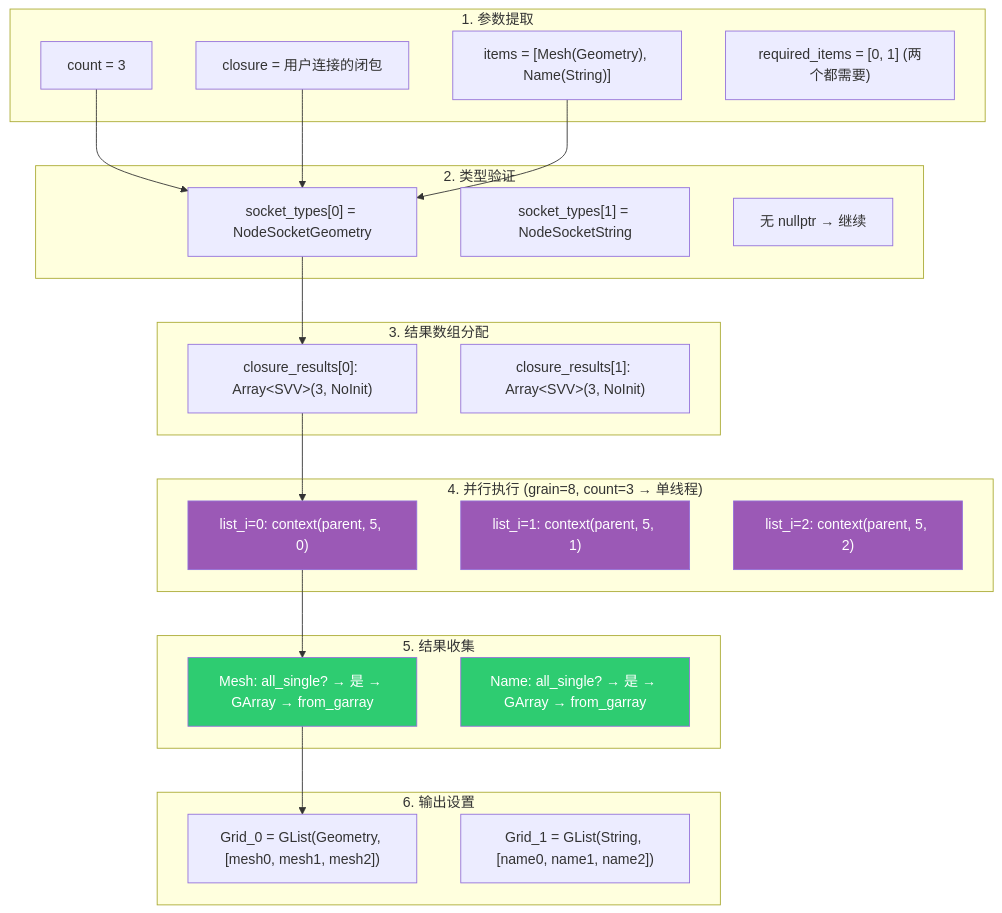
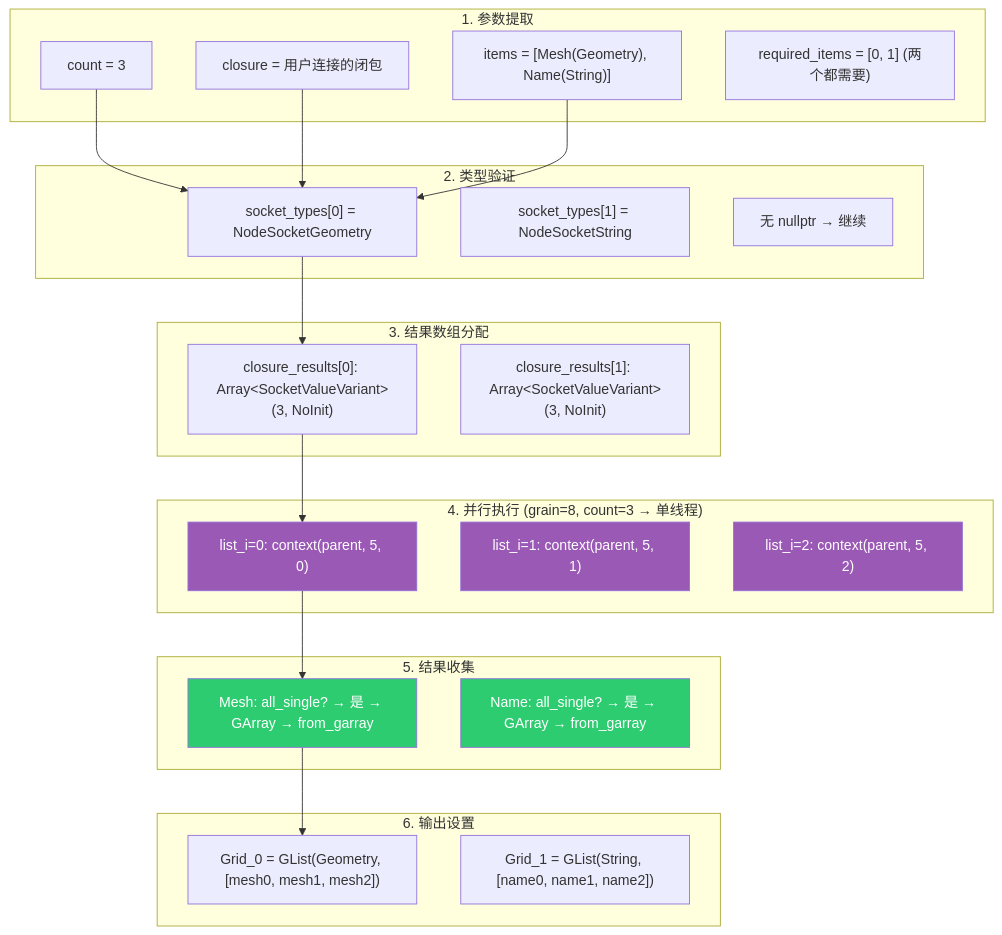
Diagram 31 of 34 in 杂/markdown/几何节点-列表/09-ClosureToList节点.md (yunkezengren/blender-.vscode), drawn with Mermaid before and after one commit. The commit also changed other lines of this file and 8 other files, not shown here.

````diff
--- a/杂/markdown/几何节点-列表/09-ClosureToList节点.md
+++ b/杂/markdown/几何节点-列表/09-ClosureToList节点.md
@@ -2263,50 +2263,50 @@
 ```mermaid
 flowchart TD
     subgraph "1. 参数提取"
         A1["count = 3"]
         A2["closure = 用户连接的闭包"]
         A3["items = [Mesh(Geometry), Name(String)]"]
         A4["required_items = [0, 1] (两个都需要)"]
     end
 
     subgraph "2. 类型验证"
         B1["socket_types[0] = NodeSocketGeometry"]
         B2["socket_types[1] = NodeSocketString"]
         B3["无 nullptr → 继续"]
     end
 
     subgraph "3. 结果数组分配"
-        C1["closure_results[0]: Array&lt;SVV&gt;(3, NoInit)"]
-        C2["closure_results[1]: Array&lt;SVV&gt;(3, NoInit)"]
+        C1["closure_results[0]: Array&lt;SocketValueVariant&gt;(3, NoInit)"]
+        C2["closure_results[1]: Array&lt;SocketValueVariant&gt;(3, NoInit)"]
     end
 
     subgraph "4. 并行执行 (grain=8, count=3 → 单线程)"
         D1["list_i=0: context(parent, 5, 0)"]
         D2["list_i=1: context(parent, 5, 1)"]
         D3["list_i=2: context(parent, 5, 2)"]
     end
 
     subgraph "5. 结果收集"
         E1["Mesh: all_single? → 是 → GArray → from_garray"]
         E2["Name: all_single? → 是 → GArray → from_garray"]
     end
 
     subgraph "6. 输出设置"
         F1["Grid_0 = GList(Geometry, [mesh0, mesh1, mesh2])"]
         F2["Grid_1 = GList(String, [name0, name1, name2])"]
     end
 
     A1 --> B1
     A2 --> B1
     A3 --> B1
     B1 --> C1
     C1 --> D1
     D1 --> E1
     E1 --> F1
 
     style D1 fill:#9b59b6,color:#fff
     style D2 fill:#9b59b6,color:#fff
     style D3 fill:#9b59b6,color:#fff
     style E1 fill:#2ecc71,color:#fff
     style E2 fill:#2ecc71,color:#fff
 ```
````
